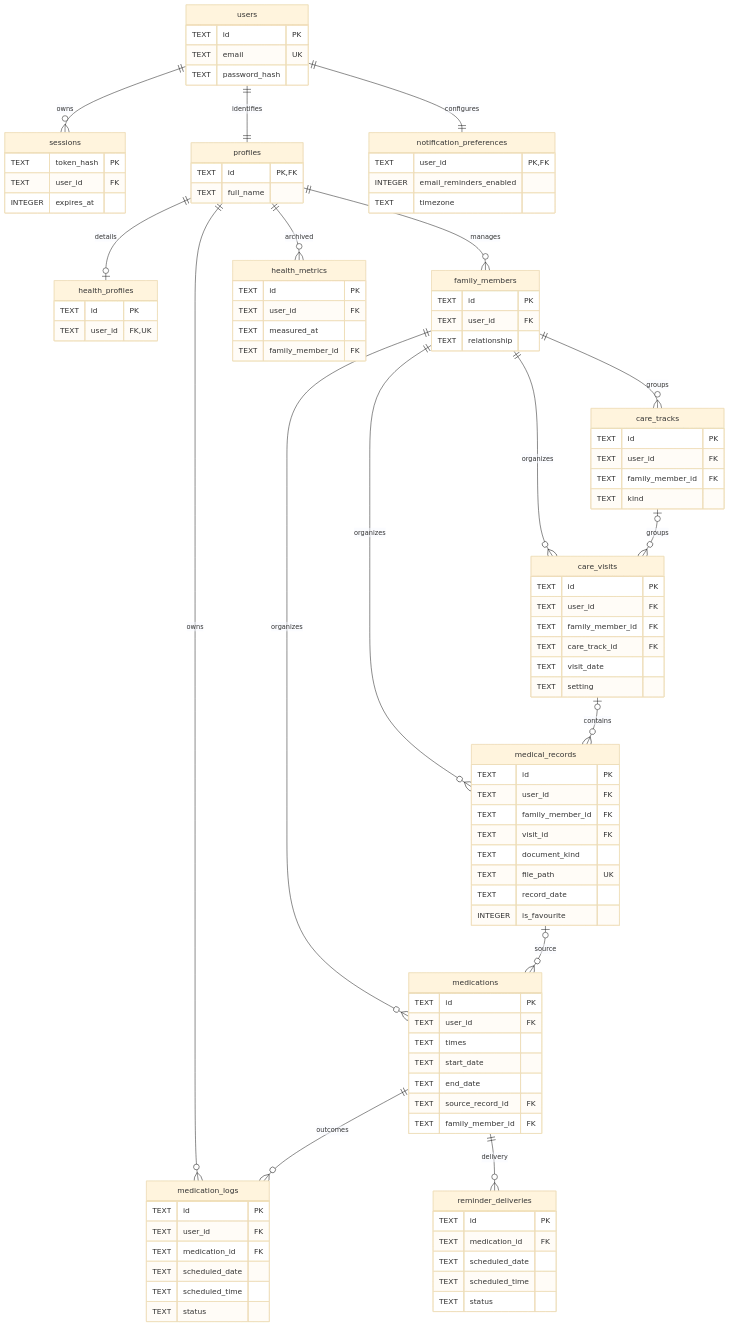
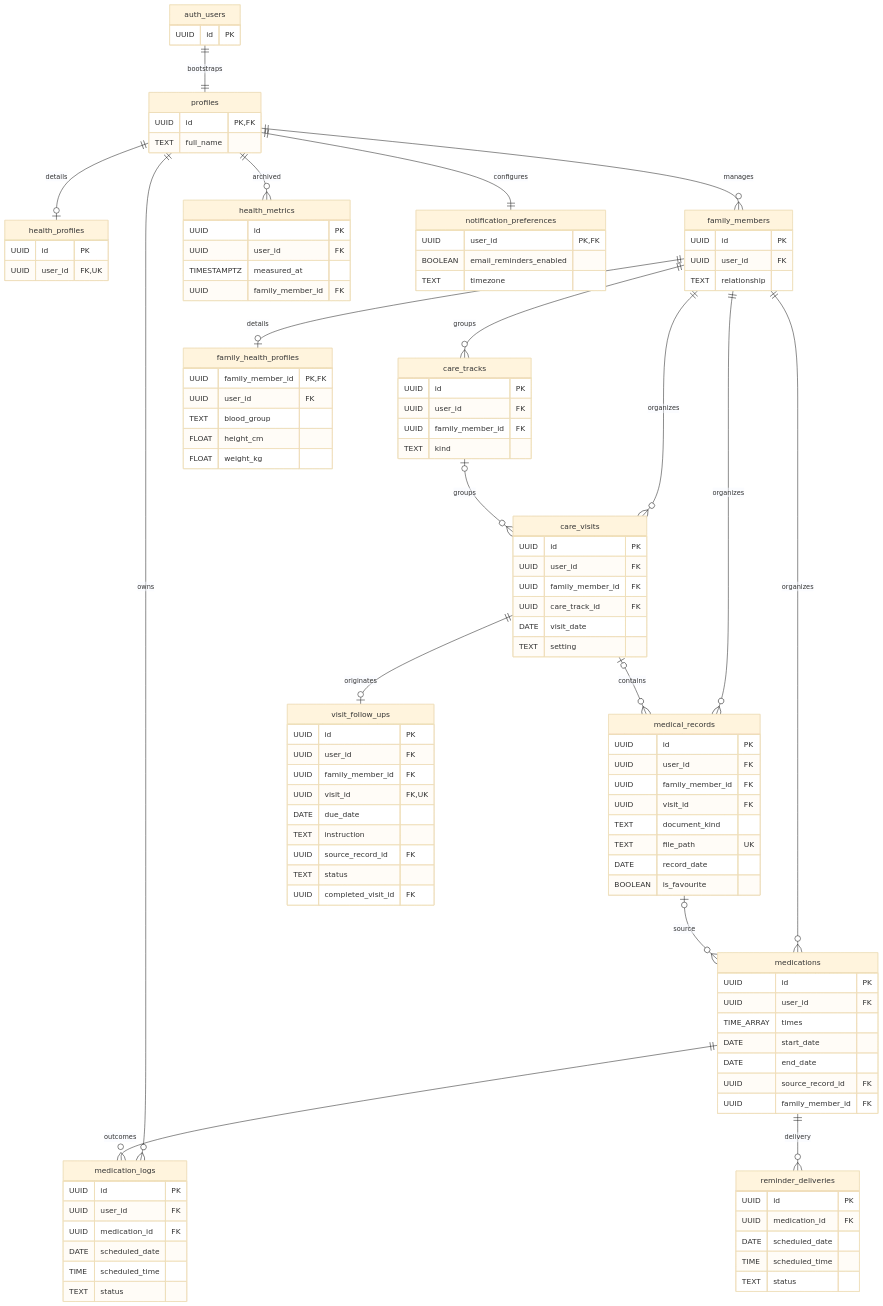
One commit to adrock18/medivault changed the third of 3 diagrams in docs/architecture.md. Above: the diagram before and after it, drawn with Mermaid (base theme). The commit also changed other lines of this file and 86 other files, not shown here.

````diff
--- a/docs/architecture.md
+++ b/docs/architecture.md
@@ -70,101 +71,113 @@
 ```mermaid
 erDiagram
-  users ||--o{ sessions : owns
-  users ||--|| profiles : identifies
+  auth_users ||--|| profiles : bootstraps
   profiles ||--o| health_profiles : details
   profiles ||--o{ family_members : manages
   family_members ||--o{ medical_records : organizes
   family_members ||--o{ medications : organizes
   family_members ||--o{ care_tracks : groups
   family_members ||--o{ care_visits : organizes
+  family_members ||--o| family_health_profiles : details
   care_tracks o|--o{ care_visits : groups
   care_visits o|--o{ medical_records : contains
+  care_visits ||--o| visit_follow_ups : originates
   profiles ||--o{ medication_logs : owns
   medications ||--o{ medication_logs : outcomes
   medical_records o|--o{ medications : source
   profiles ||--o{ health_metrics : archived
-  users ||--|| notification_preferences : configures
+  profiles ||--|| notification_preferences : configures
   medications ||--o{ reminder_deliveries : delivery
-  users {
-    TEXT id PK
-    TEXT email UK
-    TEXT password_hash
-  }
-  sessions {
-    TEXT token_hash PK
-    TEXT user_id FK
-    INTEGER expires_at
+  auth_users {
+    UUID id PK
   }
   profiles {
-    TEXT id PK,FK
+    UUID id PK,FK
     TEXT full_name
   }
   health_profiles {
-    TEXT id PK
-    TEXT user_id FK,UK
+    UUID id PK
+    UUID user_id FK,UK
+  }
+  family_health_profiles {
+    UUID family_member_id PK,FK
+    UUID user_id FK
+    TEXT blood_group
+    FLOAT height_cm
+    FLOAT weight_kg
   }
   family_members {
-    TEXT id PK
-    TEXT user_id FK
+    UUID id PK
+    UUID user_id FK
     TEXT relationship
   }
   medical_records {
-    TEXT id PK
-    TEXT user_id FK
-    TEXT family_member_id FK
-    TEXT visit_id FK
+    UUID id PK
+    UUID user_id FK
+    UUID family_member_id FK
+    UUID visit_id FK
     TEXT document_kind
     TEXT file_path UK
-    TEXT record_date
-    INTEGER is_favourite
+    DATE record_date
+    BOOLEAN is_favourite
   }
   medications {
-    TEXT id PK
-    TEXT user_id FK
-    TEXT times
-    TEXT start_date
-    TEXT end_date
-    TEXT source_record_id FK
-    TEXT family_member_id FK
+    UUID id PK
+    UUID user_id FK
+    TIME_ARRAY times
+    DATE start_date
+    DATE end_date
+    UUID source_record_id FK
+    UUID family_member_id FK
   }
   care_tracks {
-    TEXT id PK
-    TEXT user_id FK
-    TEXT family_member_id FK
+    UUID id PK
+    UUID user_id FK
+    UUID family_member_id FK
     TEXT kind
   }
   care_visits {
-    TEXT id PK
-    TEXT user_id FK
-    TEXT family_member_id FK
-    TEXT care_track_id FK
-    TEXT visit_date
+    UUID id PK
+    UUID user_id FK
+    UUID family_member_id FK
+    UUID care_track_id FK
+    DATE visit_date
     TEXT setting
   }
+  visit_follow_ups {
+    UUID id PK
+    UUID user_id FK
+    UUID family_member_id FK
+    UUID visit_id FK,UK
+    DATE due_date
+    TEXT instruction
+    UUID source_record_id FK
+    TEXT status
+    UUID completed_visit_id FK
+  }
   medication_logs {
-    TEXT id PK
-    TEXT user_id FK
-    TEXT medication_id FK
-    TEXT scheduled_date
-    TEXT scheduled_time
+    UUID id PK
+    UUID user_id FK
+    UUID medication_id FK
+    DATE scheduled_date
+    TIME scheduled_time
     TEXT status
   }
   health_metrics {
-    TEXT id PK
-    TEXT user_id FK
-    TEXT measured_at
-    TEXT family_member_id FK
+    UUID id PK
+    UUID user_id FK
+    TIMESTAMPTZ measured_at
+    UUID family_member_id FK
   }
   notification_preferences {
-    TEXT user_id PK,FK
-    INTEGER email_reminders_enabled
+    UUID user_id PK,FK
+    BOOLEAN email_reminders_enabled
     TEXT timezone
   }
   reminder_deliveries {
-    TEXT id PK
-    TEXT medication_id FK
-    TEXT scheduled_date
-    TEXT scheduled_time
+    UUID id PK
+    UUID medication_id FK
+    DATE scheduled_date
+    TIME scheduled_time
     TEXT status
   }
 ```
````
